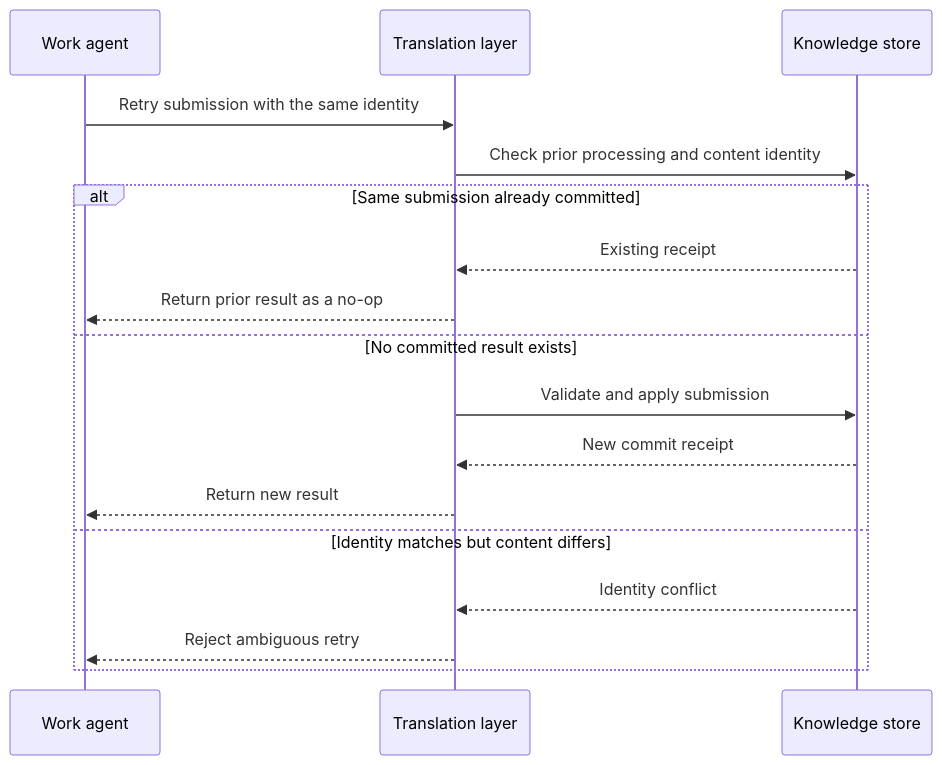
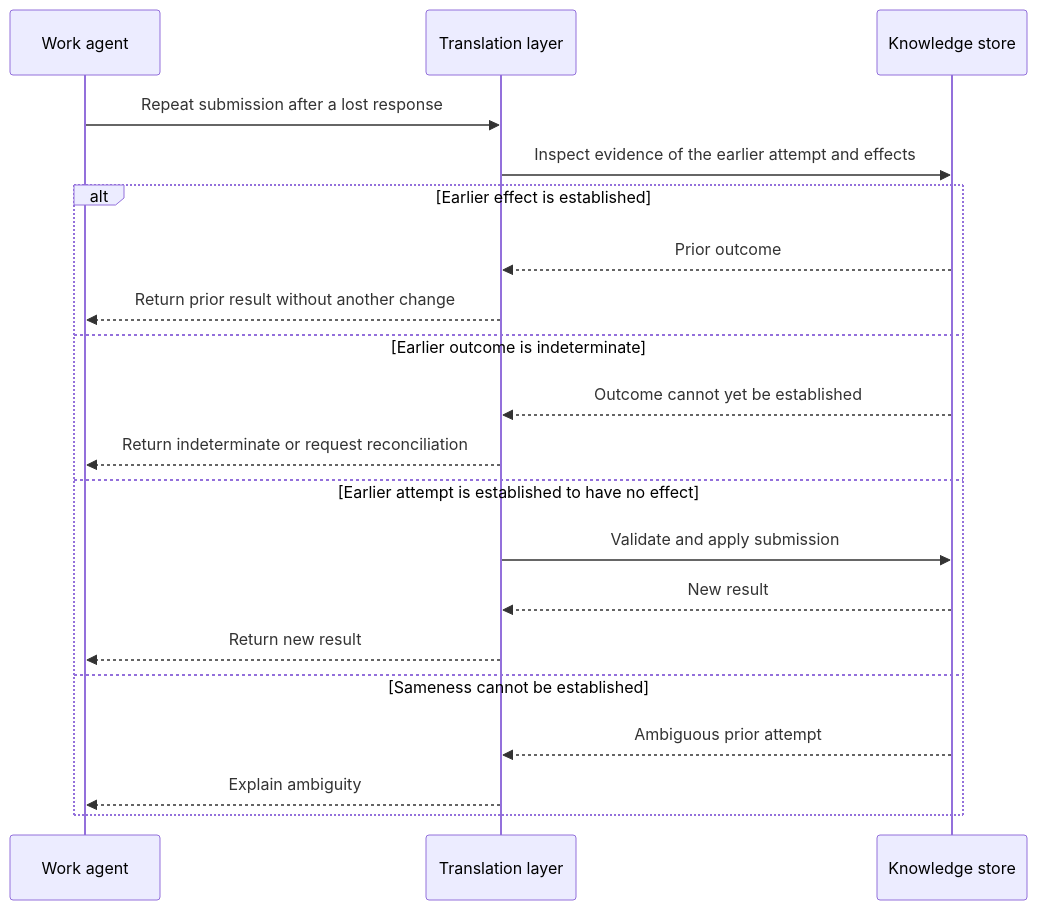
One commit to Coldaine/KNOWLEDGECRITICALSTRUCTUREPATRICKPLEASE changed the fifth of 8 diagrams in docs/workflows.md. Above: the diagram before and after it, drawn with Mermaid. The commit also changed other lines of this file and 9 other files, not shown here.

````diff
--- a/docs/workflows.md
+++ b/docs/workflows.md
@@ -211,19 +212,22 @@
 ```mermaid
 sequenceDiagram
     participant W as Work agent
     participant T as Translation layer
     participant K as Knowledge store
-    W->>T: Retry submission with the same identity
-    T->>K: Check prior processing and content identity
-    alt Same submission already committed
-        K-->>T: Existing receipt
-        T-->>W: Return prior result as a no-op
-    else No committed result exists
+    W->>T: Repeat submission after a lost response
+    T->>K: Inspect evidence of the earlier attempt and effects
+    alt Earlier effect is established
+        K-->>T: Prior outcome
+        T-->>W: Return prior result without another change
+    else Earlier outcome is indeterminate
+        K-->>T: Outcome cannot yet be established
+        T-->>W: Return indeterminate or request reconciliation
+    else Earlier attempt is established to have no effect
         T->>K: Validate and apply submission
-        K-->>T: New commit receipt
+        K-->>T: New result
         T-->>W: Return new result
-    else Identity matches but content differs
-        K-->>T: Identity conflict
-        T-->>W: Reject ambiguous retry
+    else Sameness cannot be established
+        K-->>T: Ambiguous prior attempt
+        T-->>W: Explain ambiguity
     end
 ```
````
